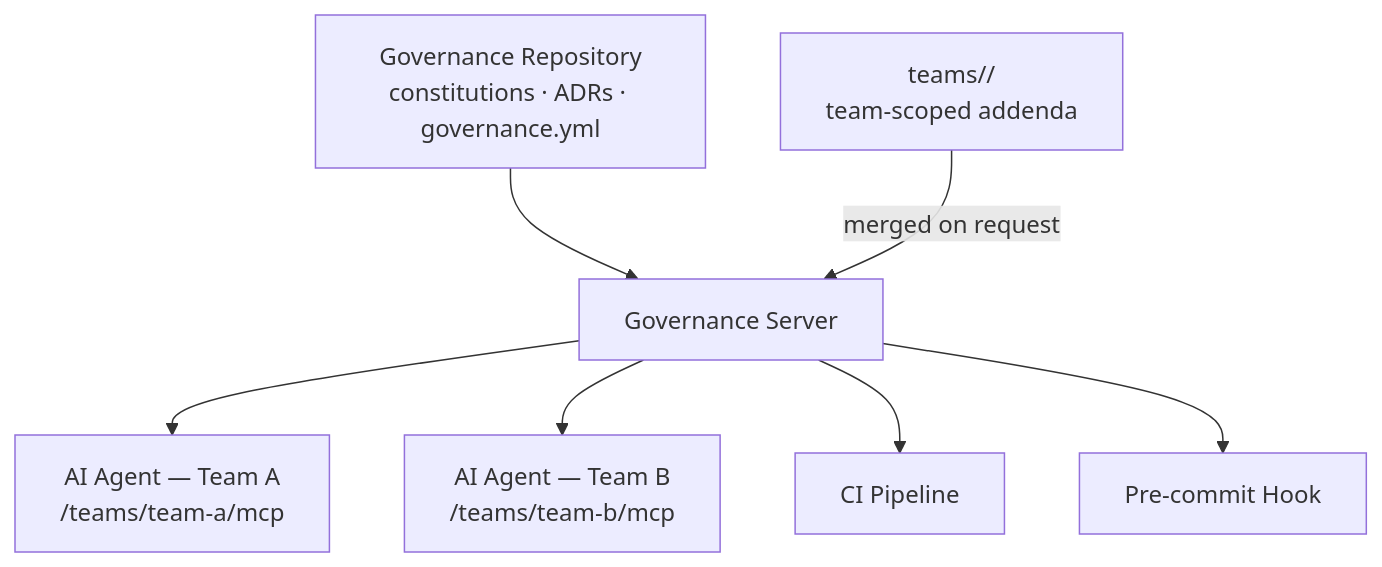
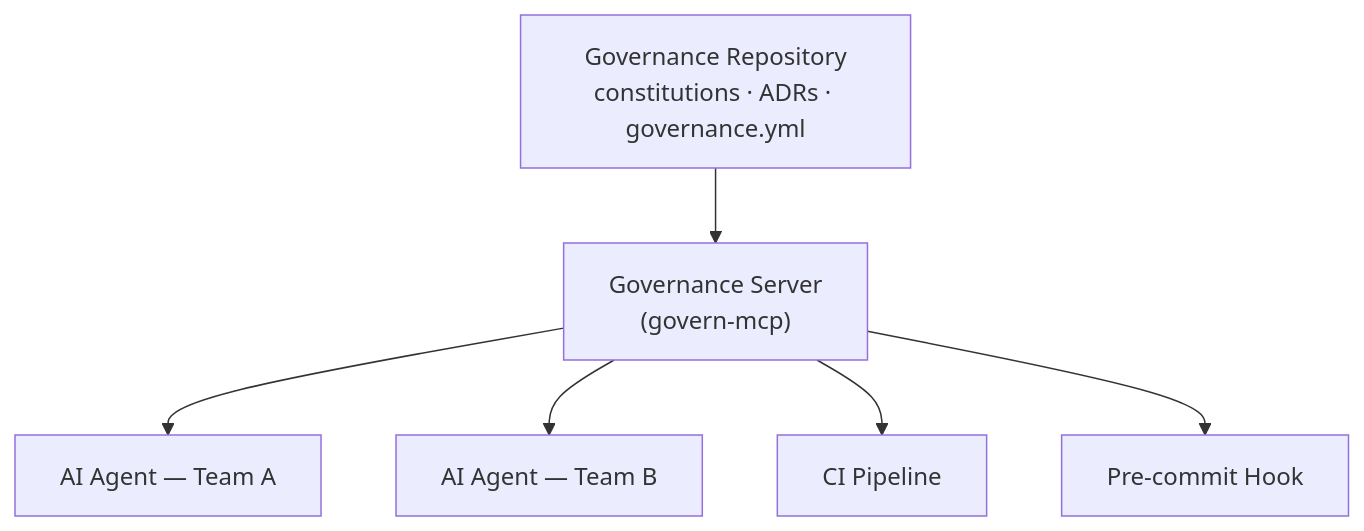
One commit to constitutional-governance/constitutional-governance changed the third of 3 diagrams in README.md. Above: the diagram before and after it, drawn with Mermaid. The commit also changed other lines of this file and 1 other file, not shown here.

````diff
--- a/README.md
+++ b/README.md
@@ -76,17 +82,15 @@
 ```mermaid
 flowchart TD
     GR["Governance Repository\nconstitutions · ADRs · governance.yml"]
-    TG["teams/<name>/\nteam-scoped addenda"]
-    NS["Governance Server"]
-    A1["AI Agent — Team A\n/teams/team-a/mcp"]
-    A2["AI Agent — Team B\n/teams/team-b/mcp"]
+    NS["Governance Server\n(govern-mcp)"]
+    A1["AI Agent — Team A"]
+    A2["AI Agent — Team B"]
     CI["CI Pipeline"]
     PC["Pre-commit Hook"]
 
     GR --> NS
-    TG -->|"merged on request"| NS
     NS --> A1
     NS --> A2
     NS --> CI
     NS --> PC
 ```
````
